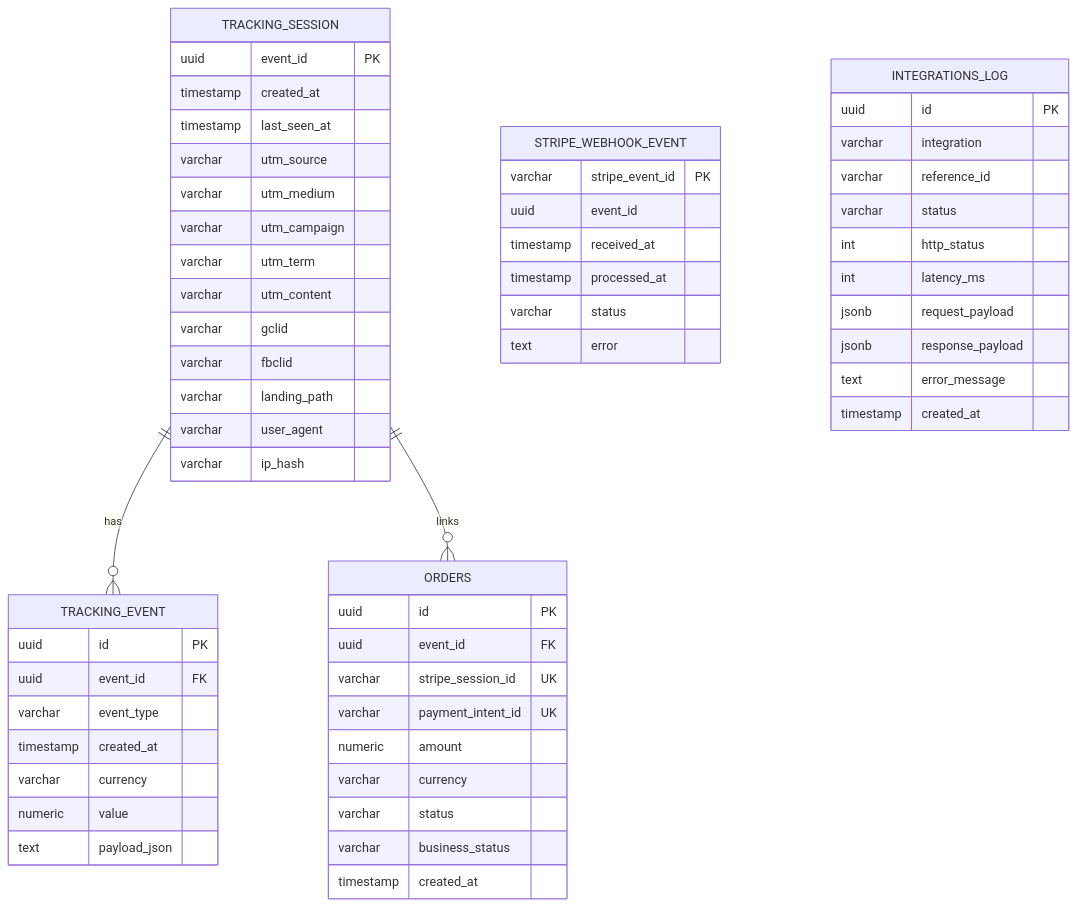
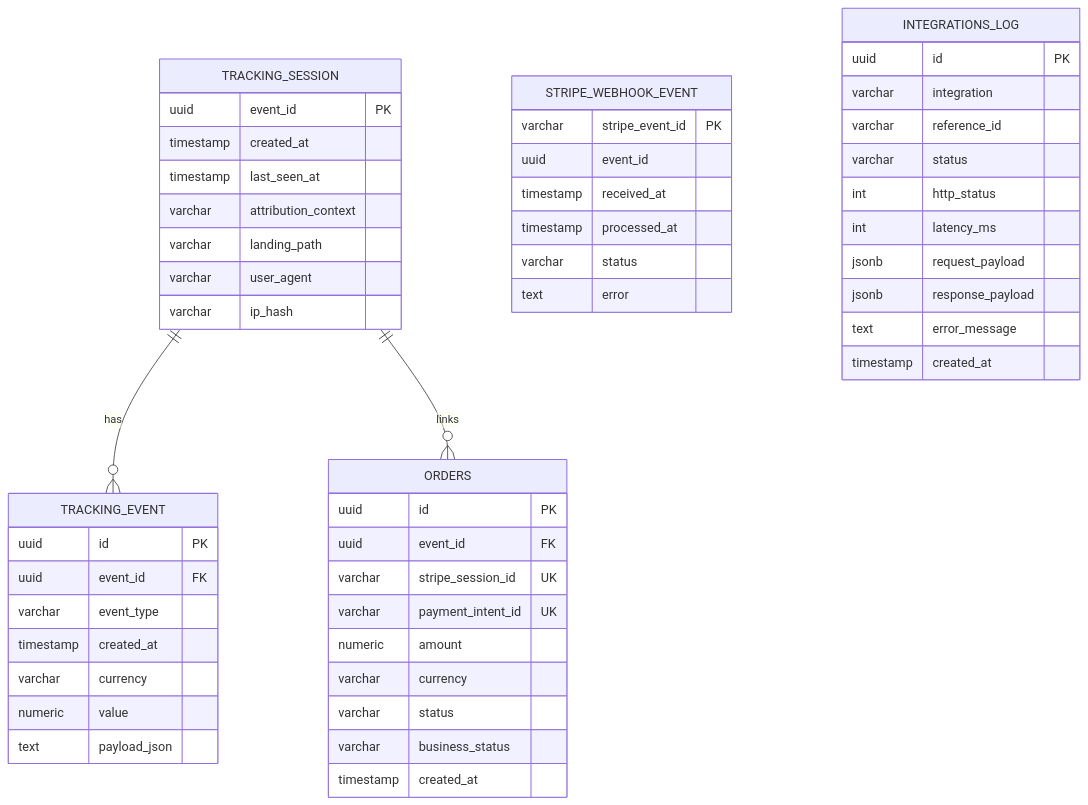
Before and after one commit to No-Country-simulation/S02-26-Equipo-15-Web-App-Development: the diagram in infra/modelo_bdd.md, drawn with Mermaid. The commit also changed other lines of this file and 7 other files, not shown here.

````diff
--- a/infra/modelo_bdd.md
+++ b/infra/modelo_bdd.md
@@ -7,65 +7,59 @@
 ```mermaid
 erDiagram
   TRACKING_SESSION {
     uuid event_id PK
     timestamp created_at
     timestamp last_seen_at
-    varchar utm_source
-    varchar utm_medium
-    varchar utm_campaign
-    varchar utm_term
-    varchar utm_content
-    varchar gclid
-    varchar fbclid
+    varchar attribution_context
     varchar landing_path
     varchar user_agent
     varchar ip_hash
   }
 
   TRACKING_EVENT {
     uuid id PK
     uuid event_id FK
     varchar event_type
     timestamp created_at
     varchar currency
     numeric value
     text payload_json
   }
 
   ORDERS {
     uuid id PK
     uuid event_id FK
     varchar stripe_session_id UK
     varchar payment_intent_id UK
     numeric amount
     varchar currency
     varchar status
     varchar business_status
     timestamp created_at
   }
 
   STRIPE_WEBHOOK_EVENT {
     varchar stripe_event_id PK
     uuid event_id
     timestamp received_at
     timestamp processed_at
     varchar status
     text error
   }
 
   INTEGRATIONS_LOG {
     uuid id PK
     varchar integration
     varchar reference_id
     varchar status
     int http_status
     int latency_ms
     jsonb request_payload
     jsonb response_payload
     text error_message
     timestamp created_at
   }
 
   TRACKING_SESSION ||--o{ TRACKING_EVENT : has
   TRACKING_SESSION ||--o{ ORDERS : links
 ```
````
